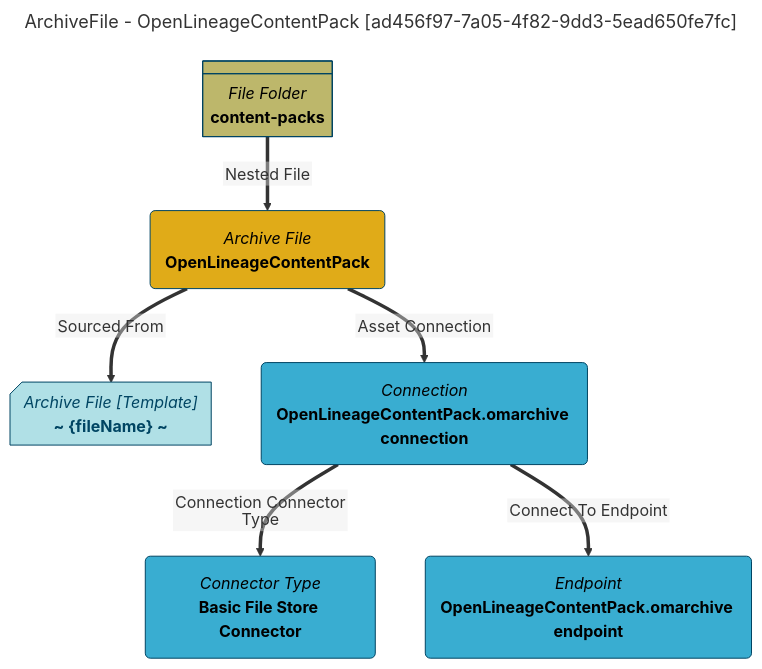
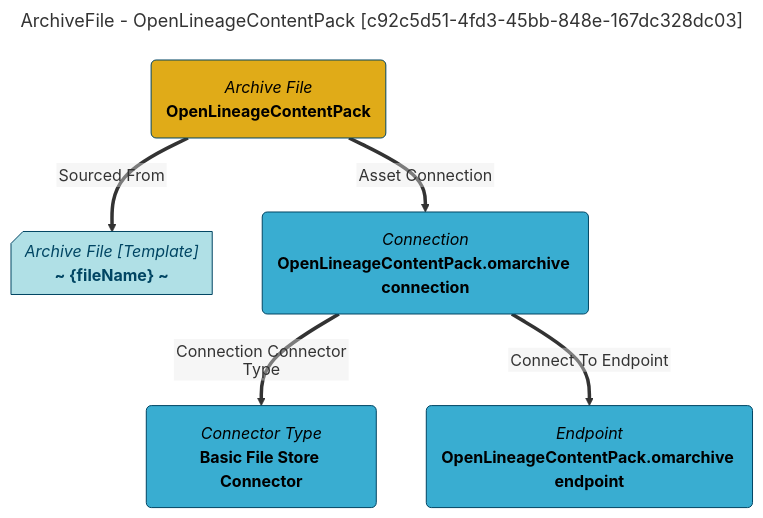
Before and after one commit to odpi/egeria-docs: the diagram in site/snippets/data-assets/openlineagecontentpack-mermaid-graph.md, drawn with Mermaid. The commit also changed 2201 other files, not shown here.

````diff
--- a/site/snippets/data-assets/openlineagecontentpack-mermaid-graph.md
+++ b/site/snippets/data-assets/openlineagecontentpack-mermaid-graph.md
@@ -1,31 +1,27 @@
 ```mermaid
 ---
-title: ArchiveFile - OpenLineageContentPack [ad456f97-7a05-4f82-9dd3-5ead650fe7fc]
+title: ArchiveFile - OpenLineageContentPack [c92c5d51-4fd3-45bb-848e-167dc328dc03]
 ---
 flowchart TD
 %%{init: {"flowchart": {"htmlLabels": false}} }%%
 
 1@{ shape: rounded, label: "*Archive File*
 **OpenLineageContentPack**"}
 2@{ shape: card, label: "*Archive File [Template]*
 **~ {fileName} ~**"}
 1==>|"Sourced From"|2
 3@{ shape: rounded, label: "*Connection*
 **OpenLineageContentPack.omarchive connection**"}
 1==>|"Asset Connection"|3
 4@{ shape: rounded, label: "*Connector Type*
 **Basic File Store Connector**"}
 3==>|"Connection Connector Type"|4
 5@{ shape: rounded, label: "*Endpoint*
 **OpenLineageContentPack.omarchive endpoint**"}
 3==>|"Connect To Endpoint"|5
-6@{ shape: div-rect, label: "*File Folder*
-**content-packs**"}
-6==>|"Nested File"|1
 style 1 color:#000000, fill:#e0ab18, stroke:#004563
 style 2 color:#004563, fill:#b0e0e6, stroke:#004563
 style 3 color:#000000, fill:#39add1, stroke:#004563
 style 4 color:#000000, fill:#39add1, stroke:#004563
 style 5 color:#000000, fill:#39add1, stroke:#004563
-style 6 color:#000000, fill:#bdb76b, stroke:#004563
 ```
````
